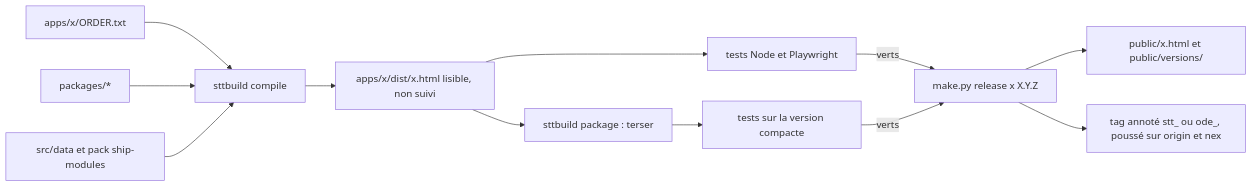
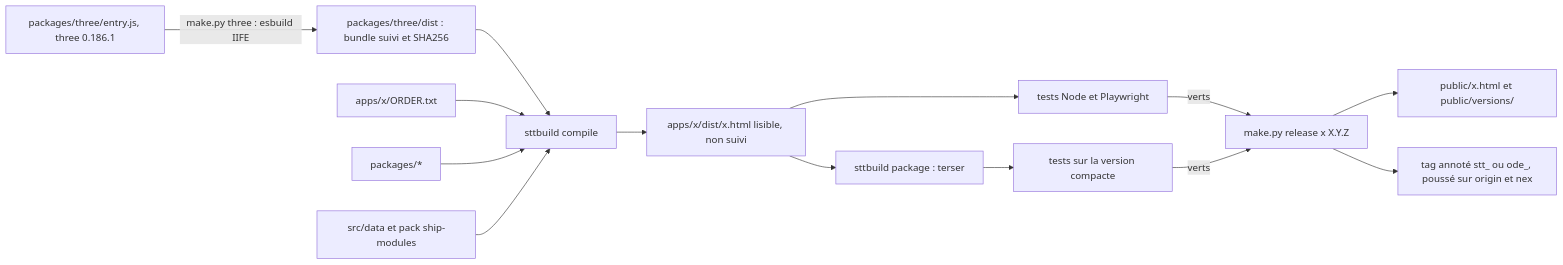
The fourth of 11 diagrams in demos/space-travel/docs/ADRs/ADR-001-refactoring.md (mcgivrer/csblog), drawn with Mermaid before and after one commit. The commit also changed other lines of this file and 2 other files, not shown here.

First line of the commit message:
ADR-001 : migration vers Three.js r186 (inventaire d'API, option A bundle IIFE, phase M6)

````diff
--- a/demos/space-travel/docs/ADRs/ADR-001-refactoring.md
+++ b/demos/space-travel/docs/ADRs/ADR-001-refactoring.md
@@ -315,13 +335,15 @@
 ```mermaid
 flowchart LR
+  ENT["packages/three/entry.js, three 0.186.1"] -->|"make.py three : esbuild IIFE"| VEN["packages/three/dist : bundle suivi et SHA256"]
+  VEN --> CMP
   MAN["apps/x/ORDER.txt"] --> CMP["sttbuild compile"]
   PKG["packages/*"] --> CMP
   DAT["src/data et pack ship-modules"] --> CMP
   CMP --> RD["apps/x/dist/x.html lisible, non suivi"]
   RD --> MIN["sttbuild package : terser"]
   RD --> T1["tests Node et Playwright"]
   MIN --> T2["tests sur la version compacte"]
   T1 & T2 -->|"verts"| REL["make.py release x X.Y.Z"]
   REL --> PUB["public/x.html et public/versions/"]
   REL --> TAG["tag annoté stt_ ou ode_, poussé sur origin et nex"]
 ```
````
